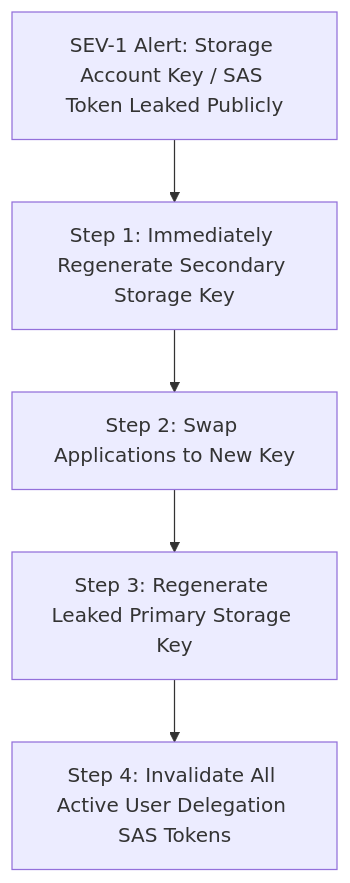
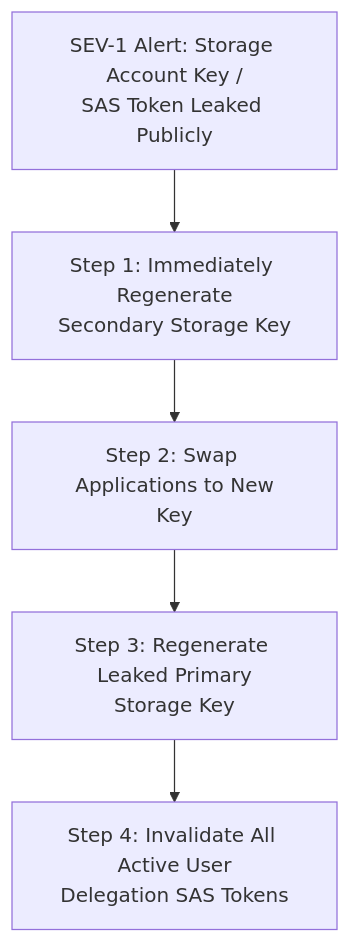
One commit to santoshjammi29/data-system-design-handbook changed the diagram in runbooks/06_zero_trust_credential_leak_quarantine.md. Above: the diagram before and after it, drawn with Mermaid. The commit also changed 15 other files, not shown here.

Commit message:
fix(diagrams): word-wrap labels and escape comparison operators across all diagrams

````diff
--- a/runbooks/06_zero_trust_credential_leak_quarantine.md
+++ b/runbooks/06_zero_trust_credential_leak_quarantine.md
@@ -12,7 +12,7 @@
 ```mermaid
 flowchart TD
-    Alert["SEV-1 Alert: Storage Account Key / SAS Token Leaked Publicly"] --> RotateKey["Step 1: Immediately Regenerate Secondary Storage Key"]
-    RotateKey --> SwapApps["Step 2: Swap Applications to New Key"]
-    SwapApps --> InvalidatePrimary["Step 3: Regenerate Leaked Primary Storage Key"]
-    InvalidatePrimary --> RevokeSAS["Step 4: Invalidate All Active User Delegation SAS Tokens"]
+    Alert["SEV-1 Alert: Storage Account Key /<br/>SAS Token Leaked Publicly"] --> RotateKey["Step 1: Immediately Regenerate<br/>Secondary Storage Key"]
+    RotateKey --> SwapApps["Step 2: Swap Applications to New<br/>Key"]
+    SwapApps --> InvalidatePrimary["Step 3: Regenerate Leaked Primary<br/>Storage Key"]
+    InvalidatePrimary --> RevokeSAS["Step 4: Invalidate All Active User<br/>Delegation SAS Tokens"]
 ```
````
